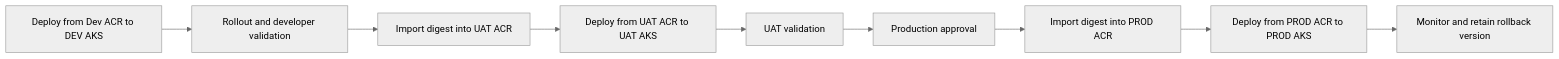
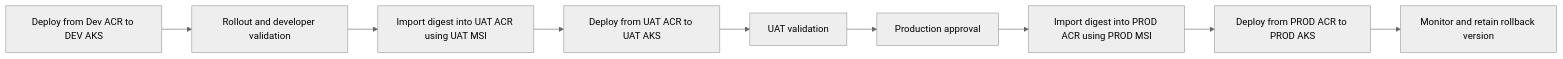
Before and after one commit to Nisharunnisa-Shaik/azure-enterprise-devops-platform: the third of 5 diagrams in Azure_DevSecOps_Platform_Assessment.md, drawn with Mermaid (neutral theme). The commit also changed other lines of this file and 5 other files, not shown here.

Commit message:
update docs to specify architecture specific

````diff
--- a/Azure_DevSecOps_Platform_Assessment.md
+++ b/Azure_DevSecOps_Platform_Assessment.md
@@ -157,11 +156,11 @@
 ```mermaid
 flowchart LR
     A[Deploy from Dev ACR to DEV AKS] --> B[Rollout and developer validation]
-    B --> C[Import digest into UAT ACR]
+    B --> C[Import digest into UAT ACR using UAT MSI]
     C --> D[Deploy from UAT ACR to UAT AKS]
     D --> E[UAT validation]
     E --> F[Production approval]
-    F --> G[Import digest into PROD ACR]
+    F --> G[Import digest into PROD ACR using PROD MSI]
     G --> H[Deploy from PROD ACR to PROD AKS]
     H --> I[Monitor and retain rollback version]
 ```
````
